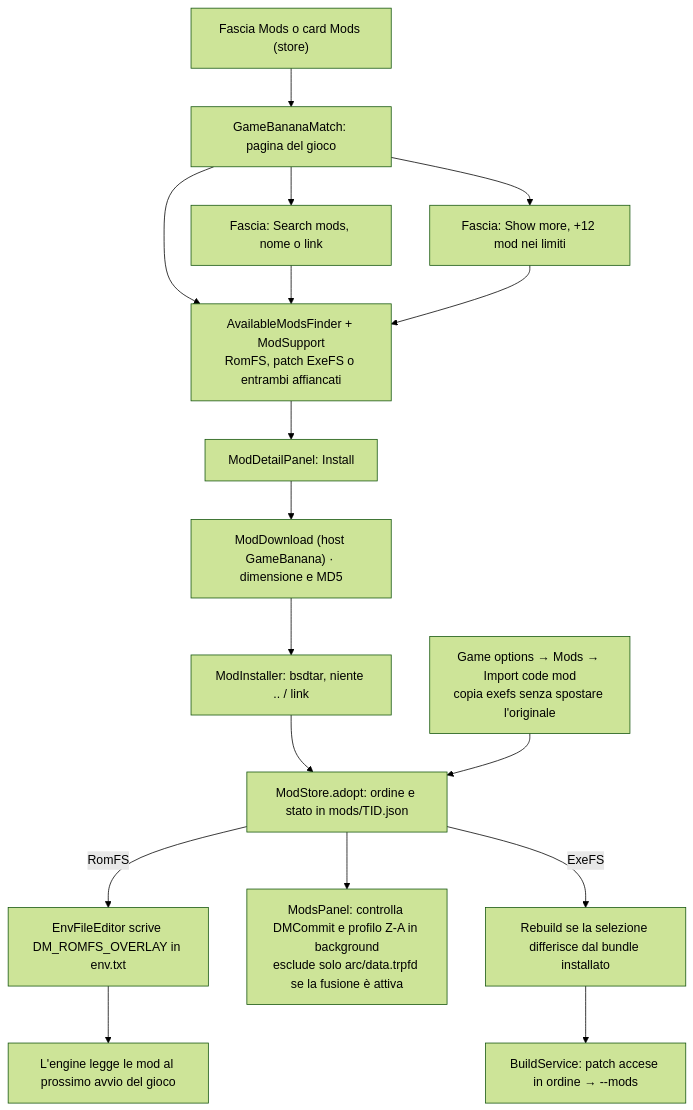
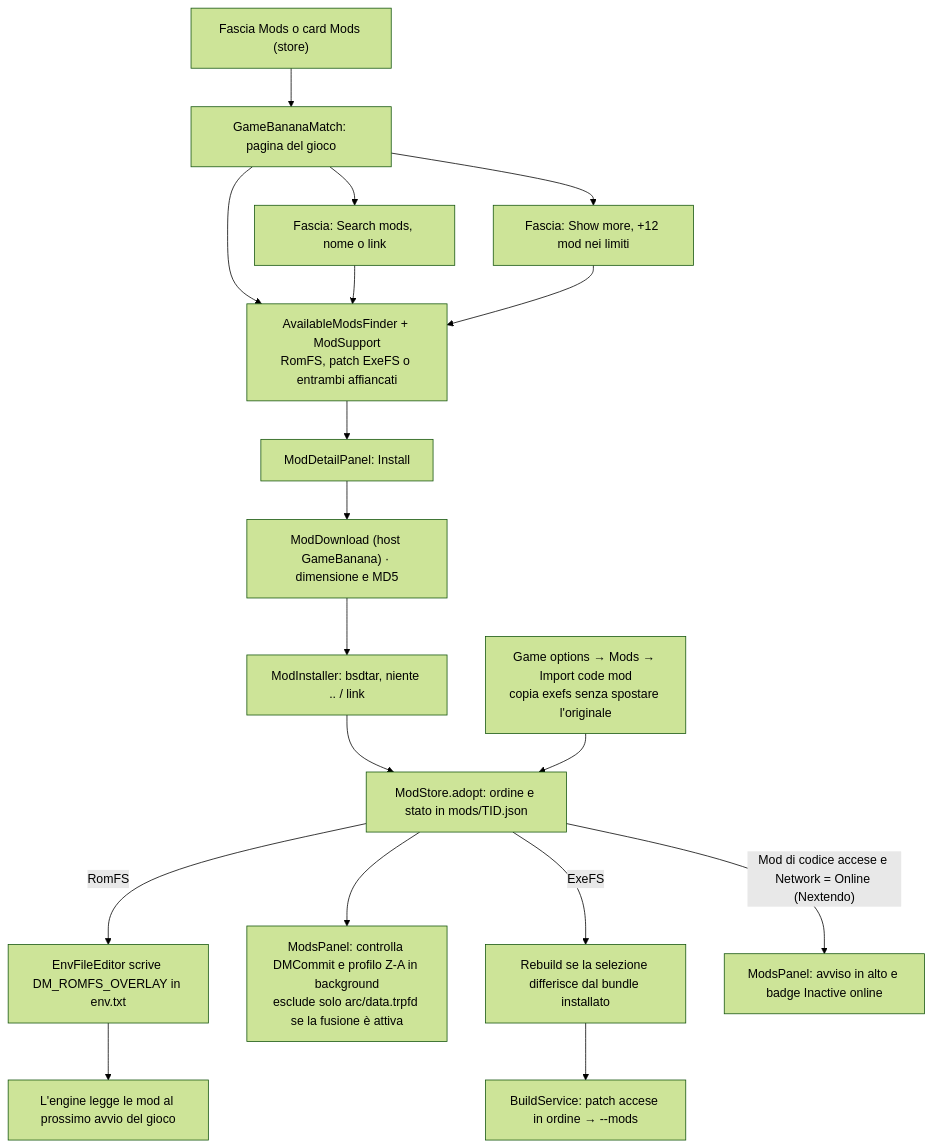
The seventh of 9 diagrams in docs/how-it-works/flows.md (sofianbll/NxLibrary), drawn with Mermaid (forest theme) before and after one commit. The commit also changed other lines of this file and 21 other files, not shown here.

Commit message:
Use library Resume and clarify Nextendo network options

````diff
--- a/docs/how-it-works/flows.md
+++ b/docs/how-it-works/flows.md
@@ -156,19 +156,20 @@
 ```mermaid
 flowchart TD
     A["Fascia Mods o card Mods (store)"] --> B["GameBananaMatch: pagina del gioco"]
     B --> C["AvailableModsFinder + ModSupport<br/>RomFS, patch ExeFS o entrambi affiancati"]
     B --> S["Fascia: Search mods, nome o link"]
     S --> C
     B --> M["Fascia: Show more, +12 mod nei limiti"]
     M --> C
     C --> D["ModDetailPanel: Install"]
     D --> E["ModDownload (host GameBanana) · dimensione e MD5"]
     E --> F["ModInstaller: bsdtar, niente .. / link"]
     F --> G["ModStore.adopt: ordine e stato in mods/TID.json"]
     L["Game options → Mods → Import code mod<br/>copia exefs senza spostare l'originale"] --> G
     G -->|"RomFS"| H["EnvFileEditor scrive DM_ROMFS_OVERLAY in env.txt"]
     G --> C2["ModsPanel: controlla DMCommit e profilo Z-A in background<br/>esclude solo arc/data.trpfd se la fusione è attiva"]
     H --> I["L'engine legge le mod al prossimo avvio del gioco"]
     G -->|"ExeFS"| R["Rebuild se la selezione differisce dal bundle installato"]
+    G -->|"Mod di codice accese e Network = Online (Nextendo)"| NX["ModsPanel: avviso in alto e badge Inactive online"]
     R --> P["BuildService: patch accese in ordine → --mods"]
 ```
````
